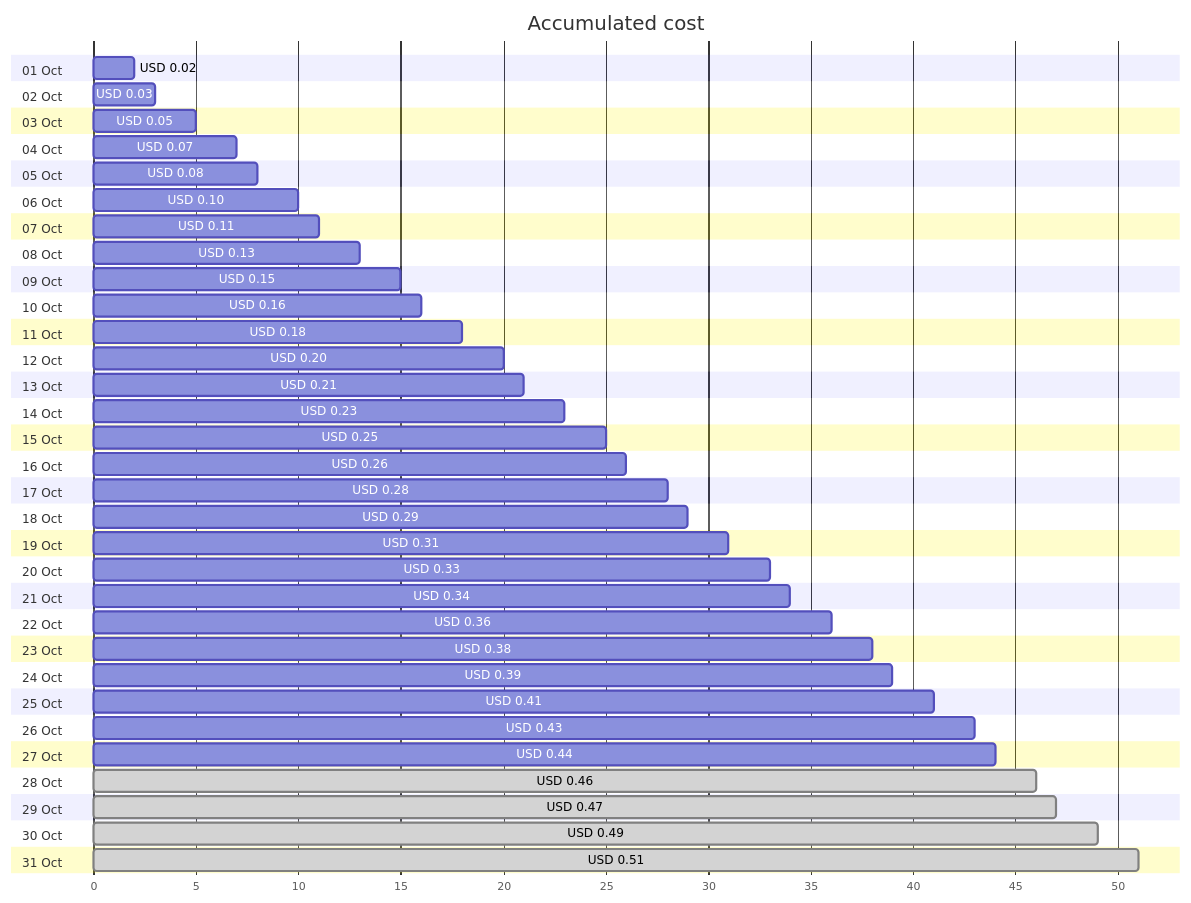
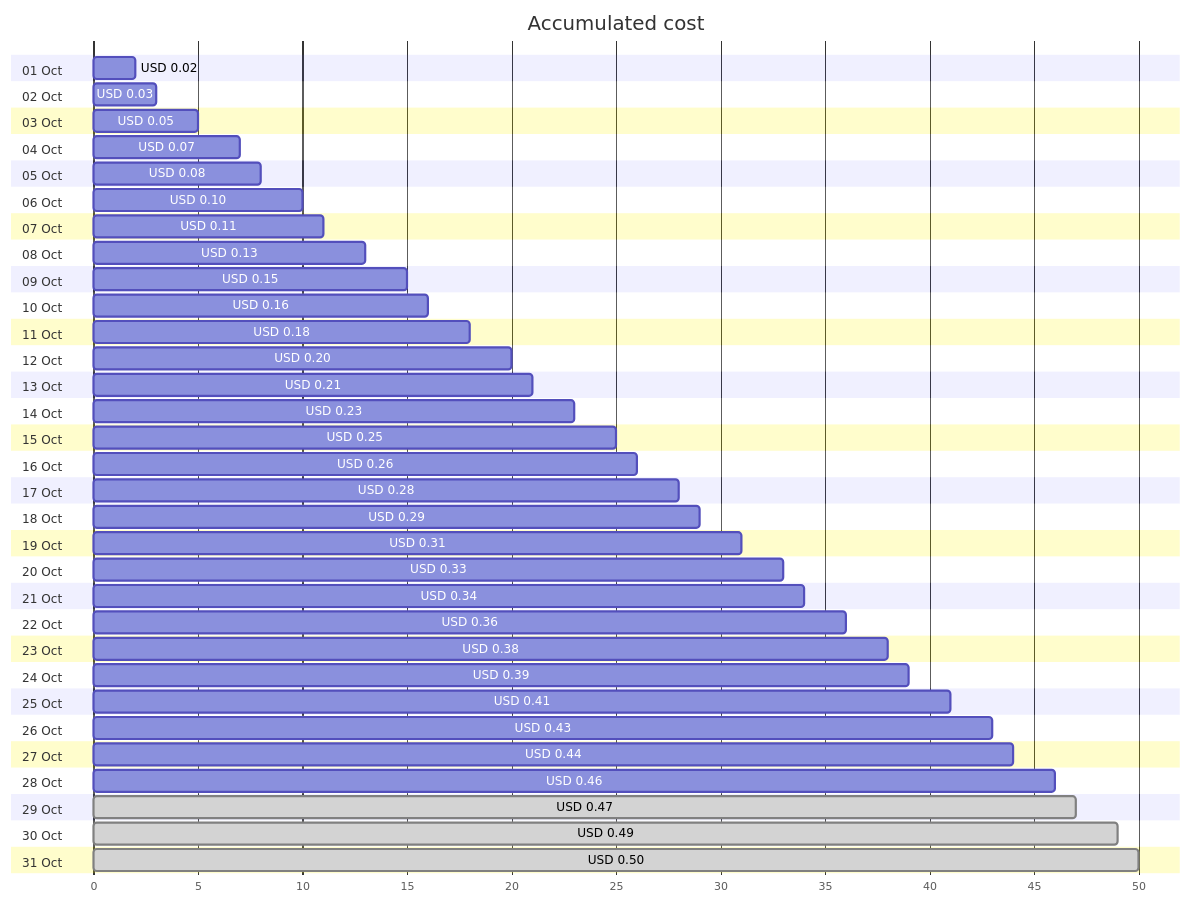
Before and after one commit to jpfulton/azure-personal-reports: the first of 4 diagrams in cost-reports/personal-dns/jpatrickfulton.com.md, drawn with Mermaid. The commit also changed other lines of this file and 2 other files, not shown here.

````diff
--- a/cost-reports/personal-dns/jpatrickfulton.com.md
+++ b/cost-reports/personal-dns/jpatrickfulton.com.md
@@ -20,68 +20,68 @@
 ```mermaid
 gantt
    title Accumulated cost
    dateFormat  X
    axisFormat %s
    section 01 Oct
    USD 0.02 :0, 2
    section 02 Oct
    USD 0.03 :0, 3
    section 03 Oct
    USD 0.05 :0, 5
    section 04 Oct
    USD 0.07 :0, 7
    section 05 Oct
    USD 0.08 :0, 8
    section 06 Oct
    USD 0.10 :0, 10
    section 07 Oct
    USD 0.11 :0, 11
    section 08 Oct
    USD 0.13 :0, 13
    section 09 Oct
    USD 0.15 :0, 15
    section 10 Oct
    USD 0.16 :0, 16
    section 11 Oct
    USD 0.18 :0, 18
    section 12 Oct
    USD 0.20 :0, 20
    section 13 Oct
    USD 0.21 :0, 21
    section 14 Oct
    USD 0.23 :0, 23
    section 15 Oct
    USD 0.25 :0, 25
    section 16 Oct
    USD 0.26 :0, 26
    section 17 Oct
    USD 0.28 :0, 28
    section 18 Oct
    USD 0.29 :0, 29
    section 19 Oct
    USD 0.31 :0, 31
    section 20 Oct
    USD 0.33 :0, 33
    section 21 Oct
    USD 0.34 :0, 34
    section 22 Oct
    USD 0.36 :0, 36
    section 23 Oct
    USD 0.38 :0, 38
    section 24 Oct
    USD 0.39 :0, 39
    section 25 Oct
    USD 0.41 :0, 41
    section 26 Oct
    USD 0.43 :0, 43
    section 27 Oct
    USD 0.44 :0, 44
    section 28 Oct
-   USD 0.46 : done, 0, 46
+   USD 0.46 :0, 46
    section 29 Oct
    USD 0.47 : done, 0, 47
    section 30 Oct
    USD 0.49 : done, 0, 49
    section 31 Oct
-   USD 0.51 : done, 0, 51
+   USD 0.50 : done, 0, 50
 ```
````
